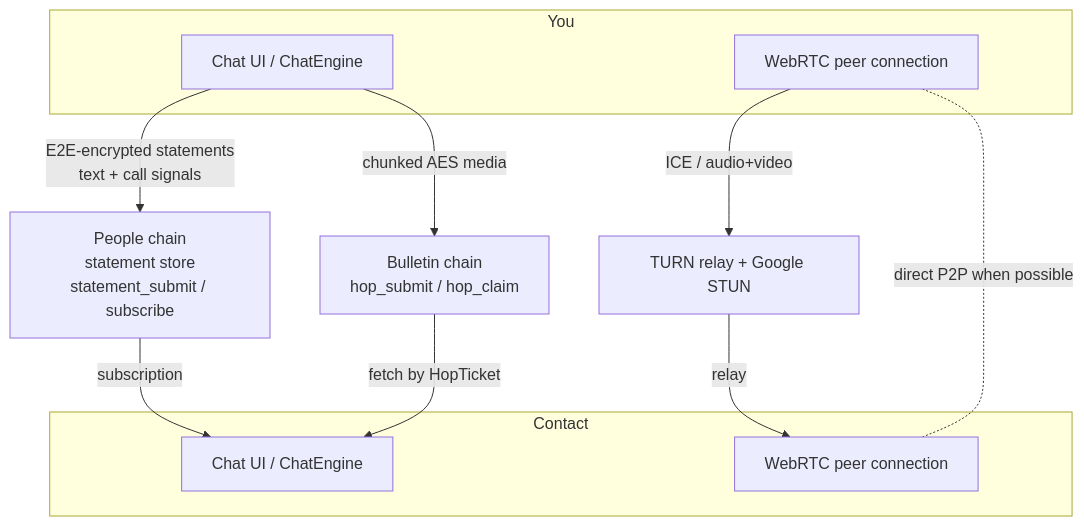
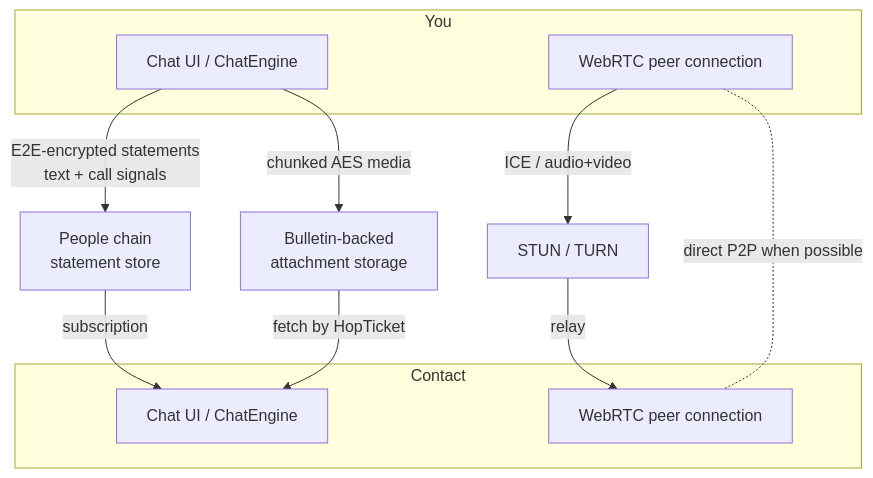
The first of 2 diagrams in docs/guides/messaging-and-calls.md (Polkadot-Community-Foundation/polkadot-app-docs), drawn with Mermaid before and after one commit. The commit also changed other lines of this file and 8 other files, not shown here.

````diff
--- a/docs/guides/messaging-and-calls.md
+++ b/docs/guides/messaging-and-calls.md
@@ -55,22 +50,22 @@
 ```mermaid
 flowchart TD
   subgraph You
     A1[Chat UI / ChatEngine]
     A2[WebRTC peer connection]
   end
   subgraph Contact
     B1[Chat UI / ChatEngine]
     B2[WebRTC peer connection]
   end
-  SS[People chain<br/>statement store<br/>statement_submit / subscribe]
-  BC[Bulletin chain<br/>hop_submit / hop_claim]
-  TURN[TURN relay + Google STUN]
+  SS[People chain<br/>statement store]
+  BC[Bulletin-backed<br/>attachment storage]
+  TURN[STUN / TURN]
 
   A1 -- E2E-encrypted statements<br/>text + call signals --> SS
   SS -- subscription --> B1
   A1 -- chunked AES media --> BC
   BC -- fetch by HopTicket --> B1
   A2 -- ICE / audio+video --> TURN
   TURN -- relay --> B2
   A2 -. direct P2P when possible .- B2
 ```
````
